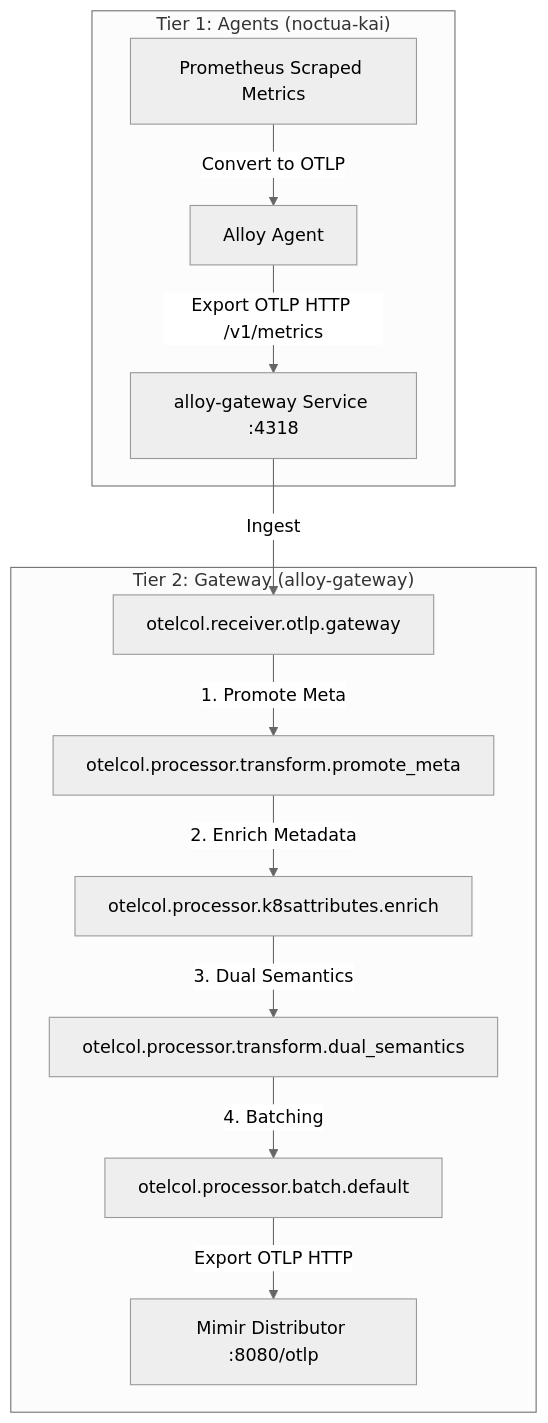
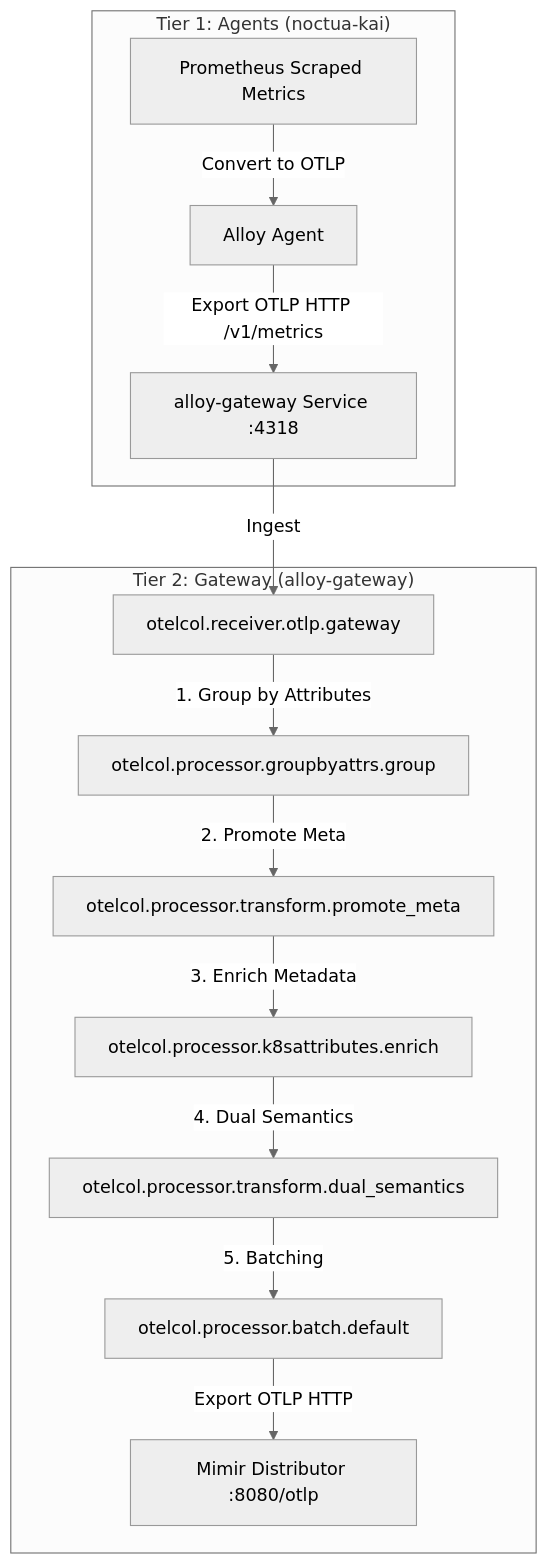
One commit to saadisfy/bwcloud-gitops changed the diagram in docs/2-tier-alloy.md. Above: the diagram before and after it, drawn with Mermaid (neutral theme). The commit also changed other lines of this file, not shown here.

Commit message:
docs: document groupbyattrs grouping step in 2-tier-alloy.md

````diff
--- a/docs/2-tier-alloy.md
+++ b/docs/2-tier-alloy.md
@@ -83,16 +83,17 @@
 ```mermaid
 graph TD
     subgraph "Tier 1: Agents (noctua-kai)"
         Scraped[Prometheus Scraped Metrics] -->|Convert to OTLP| Agent[Alloy Agent]
         Agent -->|Export OTLP HTTP /v1/metrics| Service[alloy-gateway Service :4318]
     end
 
     subgraph "Tier 2: Gateway (alloy-gateway)"
         Service -->|Ingest| Recv[otelcol.receiver.otlp.gateway]
-        Recv -->|1. Promote Meta| Transform1[otelcol.processor.transform.promote_meta]
-        Transform1 -->|2. Enrich Metadata| Enrich[otelcol.processor.k8sattributes.enrich]
-        Enrich -->|3. Dual Semantics| Transform2[otelcol.processor.transform.dual_semantics]
-        Transform2 -->|4. Batching| Batch[otelcol.processor.batch.default]
+        Recv -->|1. Group by Attributes| Group[otelcol.processor.groupbyattrs.group]
+        Group -->|2. Promote Meta| Transform1[otelcol.processor.transform.promote_meta]
+        Transform1 -->|3. Enrich Metadata| Enrich[otelcol.processor.k8sattributes.enrich]
+        Enrich -->|4. Dual Semantics| Transform2[otelcol.processor.transform.dual_semantics]
+        Transform2 -->|5. Batching| Batch[otelcol.processor.batch.default]
         Batch -->|Export OTLP HTTP| Mimir[Mimir Distributor :8080/otlp]
     end
 ```
````
